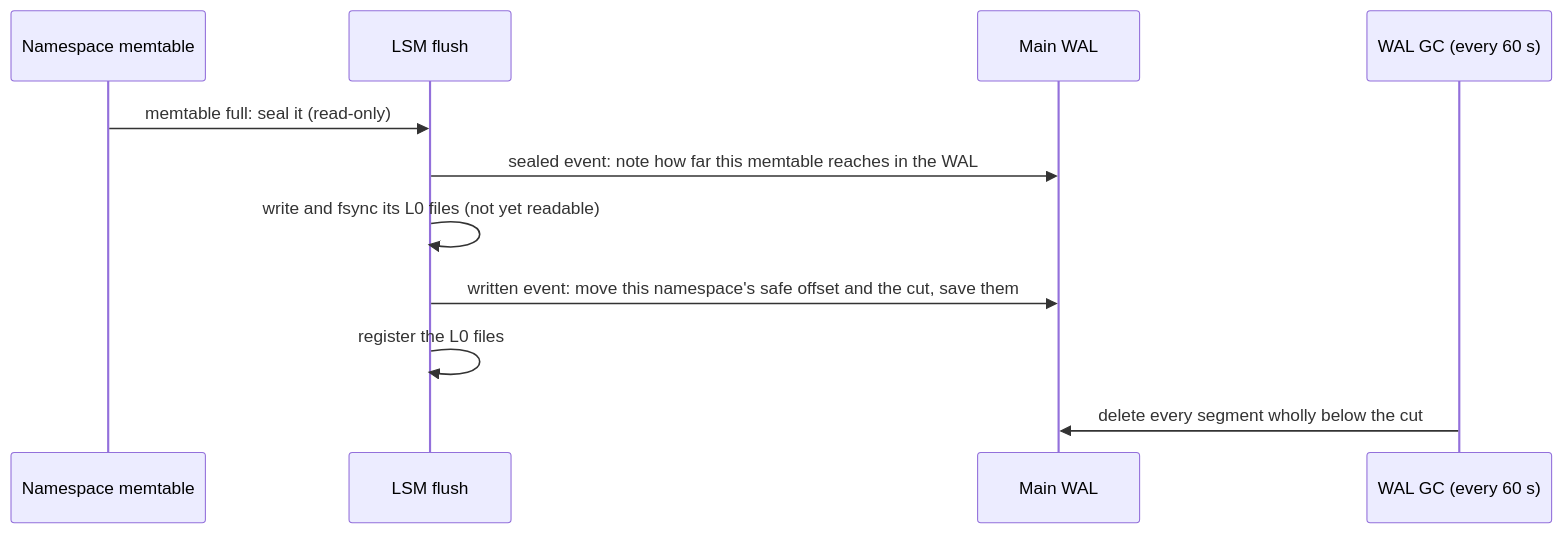
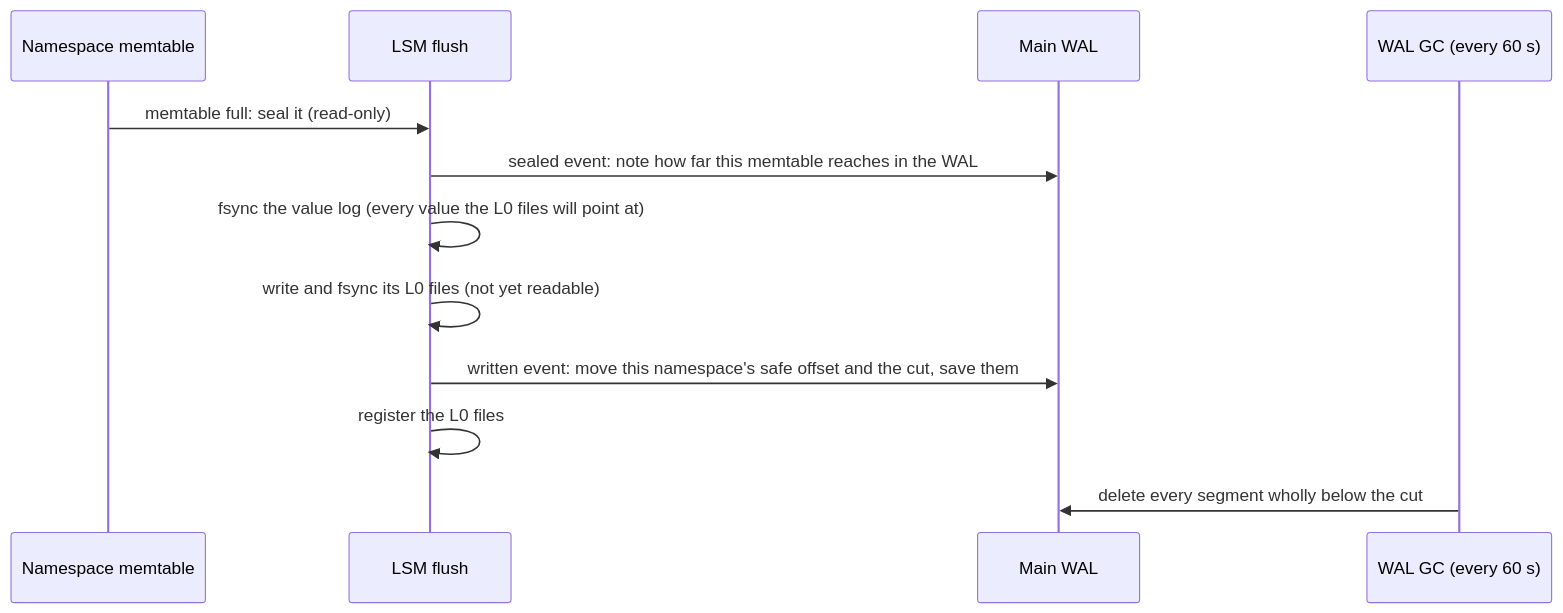
The second of 4 diagrams in minnal_db/README.md (minnal0021/minnal), drawn with Mermaid before and after one commit. The commit also changed other lines of this file and 33 other files, not shown here.

````diff
--- a/minnal_db/README.md
+++ b/minnal_db/README.md
@@ -331,13 +331,14 @@
 ```mermaid
 sequenceDiagram
     participant M as Namespace memtable
     participant F as LSM flush
     participant W as Main WAL
     participant G as WAL GC (every 60 s)
     M->>F: memtable full: seal it (read-only)
     F->>W: sealed event: note how far this memtable reaches in the WAL
+    F->>F: fsync the value log (every value the L0 files will point at)
     F->>F: write and fsync its L0 files (not yet readable)
     F->>W: written event: move this namespace's safe offset and the cut, save them
     F->>F: register the L0 files
     G->>W: delete every segment wholly below the cut
 ```
````
